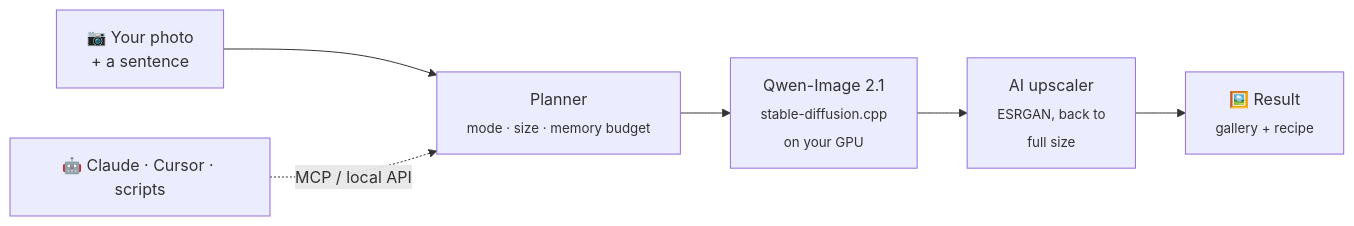
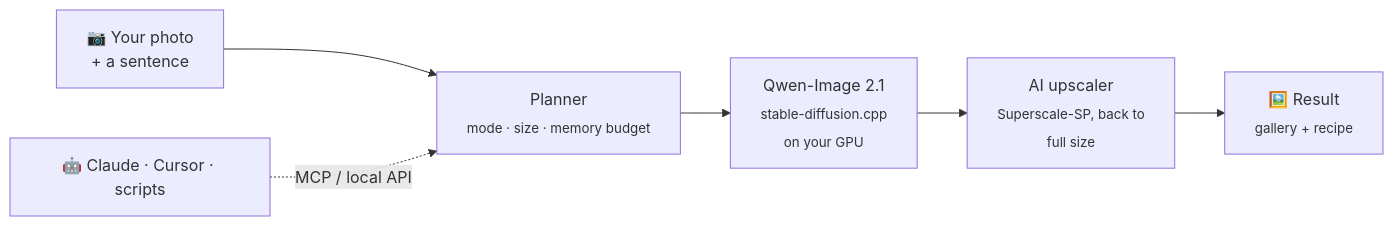
Before and after one commit to CesareDavidePace/kokon: the first of 2 diagrams in README.md, drawn with Mermaid. The commit also changed other lines of this file and 56 other files, not shown here.

````diff
--- a/README.md
+++ b/README.md
@@ -232,8 +232,8 @@
 ```mermaid
 flowchart LR
     A["📷 Your photo<br>+ a sentence"] --> B["Planner<br><sub>mode · size · memory budget</sub>"]
     B --> C["Qwen-Image 2.1<br><sub>stable-diffusion.cpp<br>on your GPU</sub>"]
-    C --> D["AI upscaler<br><sub>ESRGAN, back to<br>full size</sub>"]
+    C --> D["AI upscaler<br><sub>Superscale-SP, back to<br>full size</sub>"]
     D --> E["🖼️ Result<br><sub>gallery + recipe</sub>"]
     M["🤖 Claude · Cursor · scripts"] -. "MCP / local API" .-> B
 ```
````
